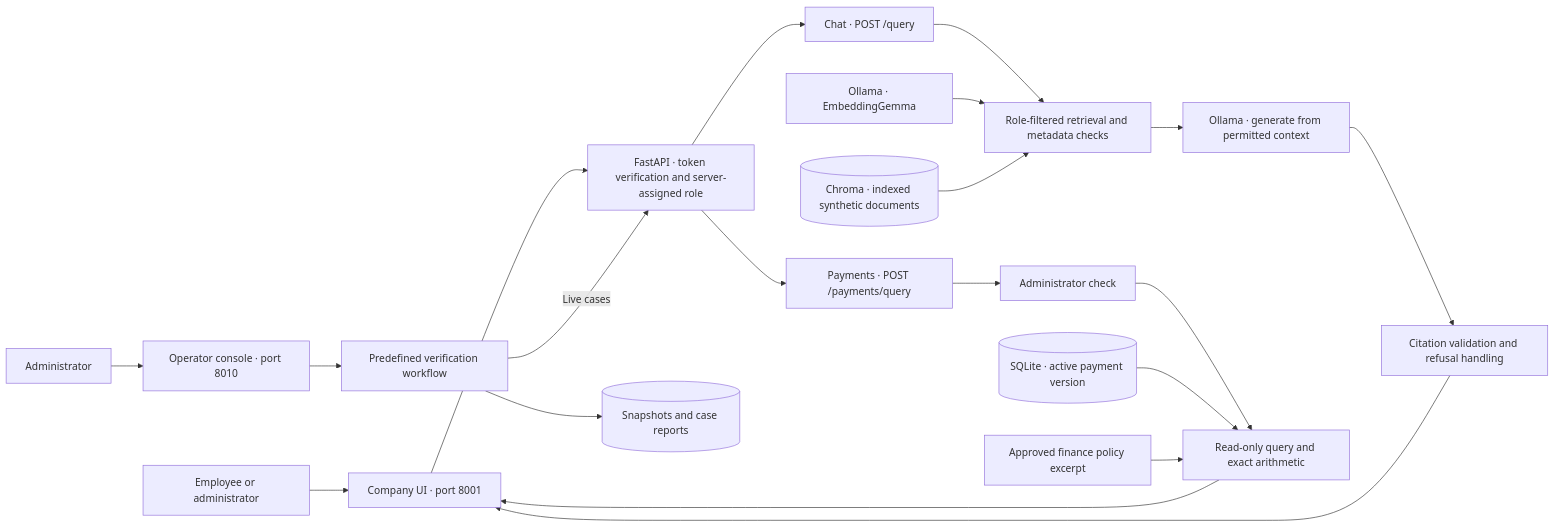
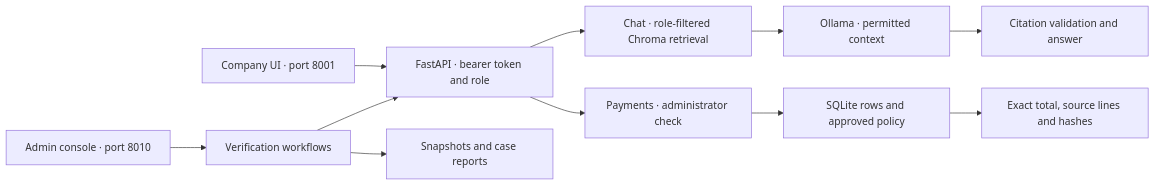
Before and after one commit to osama-git05/local-rag-security-lab: the first of 2 diagrams in README.md, drawn with Mermaid. The commit also changed other lines of this file, not shown here.

````diff
--- a/README.md
+++ b/README.md
@@ -65,25 +22,13 @@
 ```mermaid
 flowchart LR
-    User["Employee or administrator"] --> UI["Company UI · port 8001"]
-    UI --> Auth["FastAPI · token verification and server-assigned role"]
-    Auth --> Chat["Chat · POST /query"]
-    Auth --> Pay["Payments · POST /payments/query"]
-
-    Chat --> Retrieve["Role-filtered retrieval and metadata checks"]
-    Embed["Ollama · EmbeddingGemma"] --> Retrieve
-    Chroma[("Chroma · indexed synthetic documents")] --> Retrieve
-    Retrieve --> Generate["Ollama · generate from permitted context"]
-    Generate --> Validate["Citation validation and refusal handling"]
-    Validate --> UI
-
-    Pay --> Admin["Administrator check"]
-    Admin --> Query["Read-only query and exact arithmetic"]
-    Store[("SQLite · active payment version")] --> Query
-    Policy["Approved finance policy excerpt"] --> Query
-    Query --> UI
-
-    Operator["Administrator"] --> Console["Operator console · port 8010"]
-    Console --> Workflow["Predefined verification workflow"]
-    Workflow -->|"Live cases"| Auth
-    Workflow --> Evidence[("Snapshots and case reports")]
+    UI["Company UI · port 8001"] --> API["FastAPI · bearer token and role"]
+    API --> RAG["Chat · role-filtered Chroma retrieval"]
+    RAG --> LLM["Ollama · permitted context"]
+    LLM --> Output["Citation validation and answer"]
+    API --> Gate["Payments · administrator check"]
+    Gate --> Data["SQLite rows and approved policy"]
+    Data --> Result["Exact total, source lines and hashes"]
+    Console["Admin console · port 8010"] --> Workflow["Verification workflows"]
+    Workflow --> API
+    Workflow --> Reports["Snapshots and case reports"]
 ```
````
